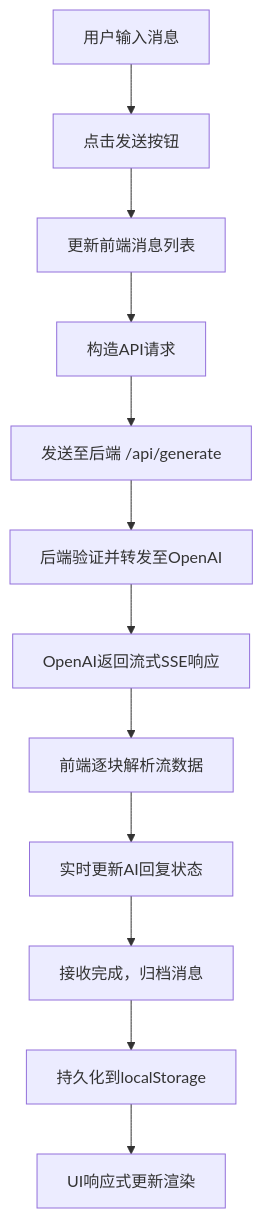
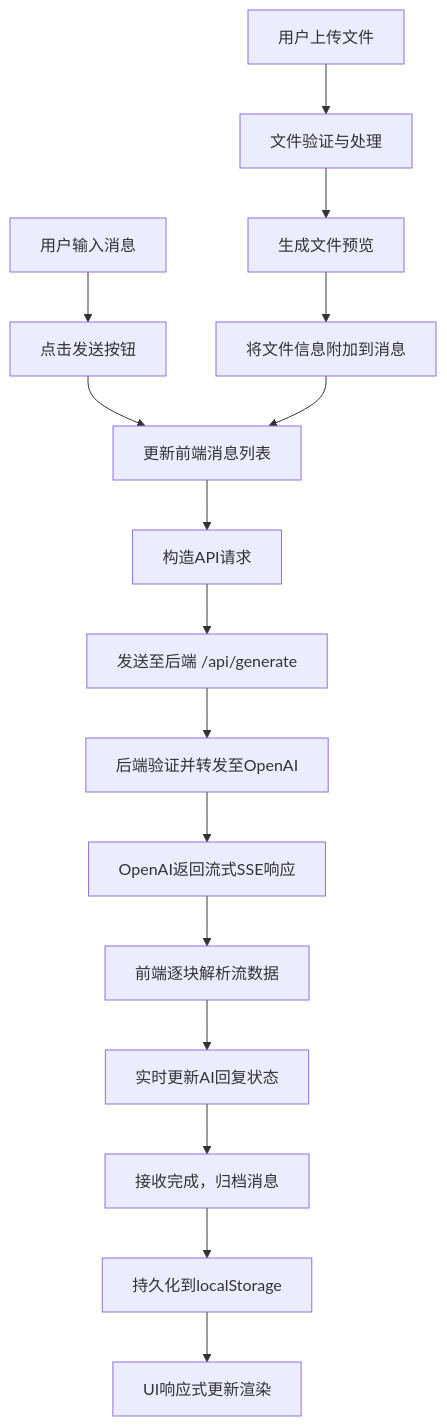
One commit to zfyime/chat-mini changed the first of 5 diagrams in .qoder/repowiki/zh/content/核心功能详解/核心功能详解.md. Above: the diagram before and after it, drawn with Mermaid. The commit also changed other lines of this file and 8 other files, not shown here.

````diff
--- a/.qoder/repowiki/zh/content/核心功能详解/核心功能详解.md
+++ b/.qoder/repowiki/zh/content/核心功能详解/核心功能详解.md
@@ -31,14 +44,18 @@
 ```mermaid
 flowchart TD
 A["用户输入消息"] --> B["点击发送按钮"]
 B --> C["更新前端消息列表"]
 C --> D["构造API请求"]
 D --> E["发送至后端 /api/generate"]
 E --> F["后端验证并转发至OpenAI"]
 F --> G["OpenAI返回流式SSE响应"]
 G --> H["前端逐块解析流数据"]
 H --> I["实时更新AI回复状态"]
 I --> J["接收完成，归档消息"]
 J --> K["持久化到localStorage"]
 K --> L["UI响应式更新渲染"]
+M["用户上传文件"] --> N["文件验证与处理"]
+N --> O["生成文件预览"]
+O --> P["将文件信息附加到消息"]
+P --> C
 ```
````
